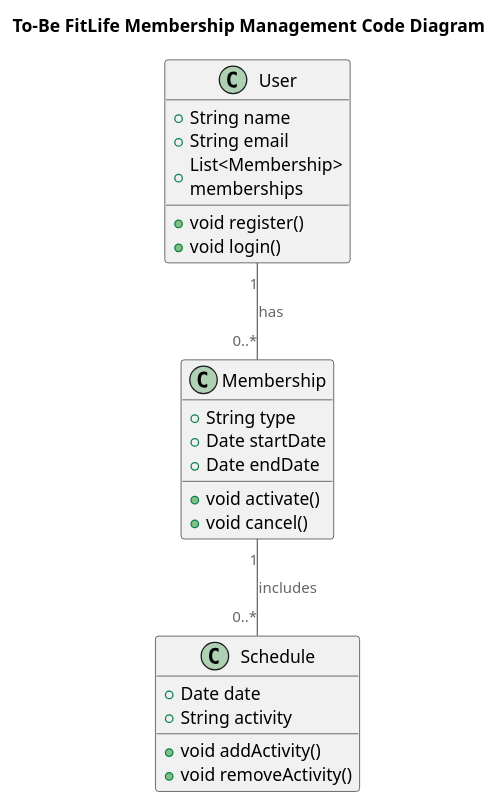
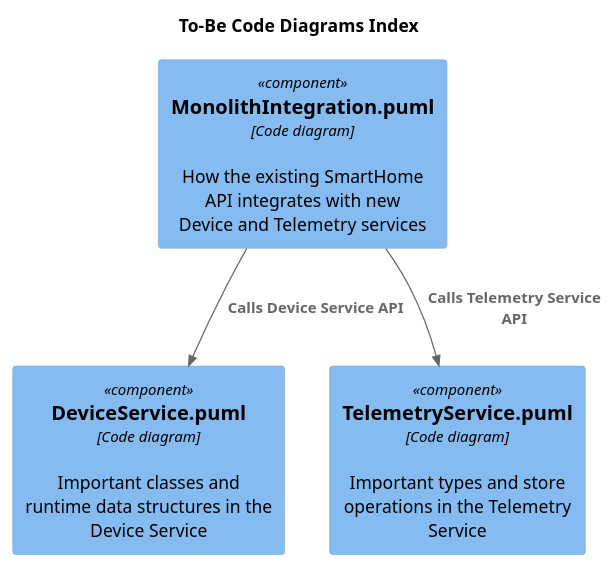
One commit to pavelantropov/smarthome changed the diagram in schemas/to-be/code/Code.puml. Above: the diagram before and after it, drawn with PlantUML. The commit also changed 4 other files, not shown here.

Commit message:
add code diagrams

```diff
--- a/schemas/to-be/code/Code.puml
+++ b/schemas/to-be/code/Code.puml
@@ -1,34 +1,15 @@
 @startuml
-title To-Be FitLife Membership Management Code Diagram
+title To-Be Code Diagrams Index
 
 top to bottom direction
 
 !includeurl https://raw.githubusercontent.com/RicardoNiepel/C4-PlantUML/master/C4_Component.puml
 
-class User {
-  +String name
-  +String email
-  +List<Membership> memberships
-  +void register()
-  +void login()
-}
+Component(monolithIntegration, "MonolithIntegration.puml", "Code diagram", "How the existing SmartHome API integrates with new Device and Telemetry services")
+Component(deviceService, "DeviceService.puml", "Code diagram", "Important classes and runtime data structures in the Device Service")
+Component(telemetryService, "TelemetryService.puml", "Code diagram", "Important types and store operations in the Telemetry Service")
 
-class Membership {
-  +String type
-  +Date startDate
-  +Date endDate
-  +void activate()
-  +void cancel()
-}
-
-class Schedule {
-  +Date date
-  +String activity
-  +void addActivity()
-  +void removeActivity()
-}
-
-User "1" -- "0..*" Membership : has
-Membership "1" -- "0..*" Schedule : includes
+Rel(monolithIntegration, deviceService, "Calls Device Service API")
+Rel(monolithIntegration, telemetryService, "Calls Telemetry Service API")
 
 @enduml
```
